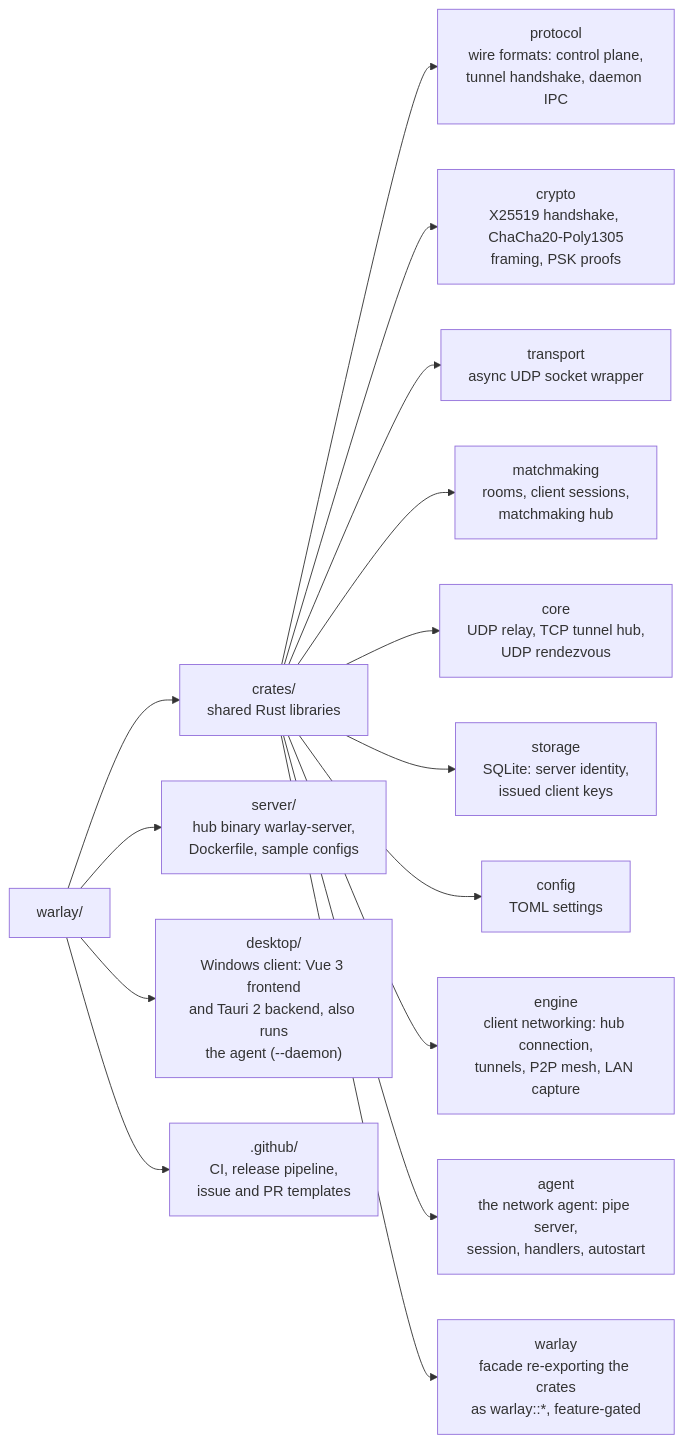
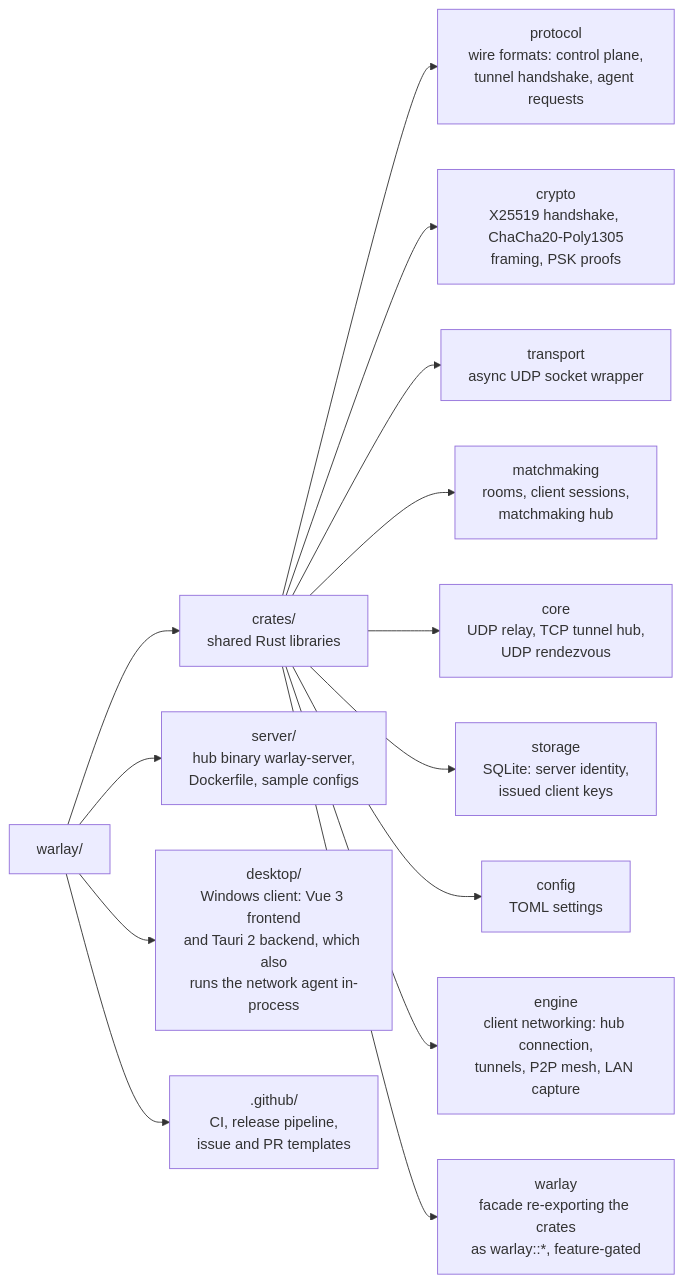
One commit to jhonsferg/warlay changed the second of 4 diagrams in README.md. Above: the diagram before and after it, drawn with Mermaid. The commit also changed other lines of this file, not shown here.

Commit message:
docs: elimina el daemon de la arquitectura y la guía de build

````diff
--- a/README.md
+++ b/README.md
@@ -171,20 +172,19 @@
 ```mermaid
 flowchart LR
     root["warlay/"]
 
     root --> crates["crates/<br/>shared Rust libraries"]
-    crates --> protocol["protocol<br/>wire formats: control plane,<br/>tunnel handshake, daemon IPC"]
+    crates --> protocol["protocol<br/>wire formats: control plane,<br/>tunnel handshake, agent requests"]
     crates --> crypto["crypto<br/>X25519 handshake, ChaCha20-Poly1305<br/>framing, PSK proofs"]
     crates --> transport["transport<br/>async UDP socket wrapper"]
     crates --> matchmaking["matchmaking<br/>rooms, client sessions,<br/>matchmaking hub"]
     crates --> core["core<br/>UDP relay, TCP tunnel hub,<br/>UDP rendezvous"]
     crates --> storage["storage<br/>SQLite: server identity,<br/>issued client keys"]
     crates --> config["config<br/>TOML settings"]
     crates --> engine["engine<br/>client networking: hub connection,<br/>tunnels, P2P mesh, LAN capture"]
-    crates --> agent["agent<br/>the network agent: pipe server,<br/>session, handlers, autostart"]
     crates --> facade["warlay<br/>facade re-exporting the crates<br/>as warlay::*, feature-gated"]
 
     root --> server["server/<br/>hub binary warlay-server,<br/>Dockerfile, sample configs"]
-    root --> desktop["desktop/<br/>Windows client: Vue 3 frontend<br/>and Tauri 2 backend, also runs<br/>the agent (--daemon)"]
+    root --> desktop["desktop/<br/>Windows client: Vue 3 frontend<br/>and Tauri 2 backend, which also<br/>runs the network agent in-process"]
     root --> github[".github/<br/>CI, release pipeline,<br/>issue and PR templates"]
 ```
````
